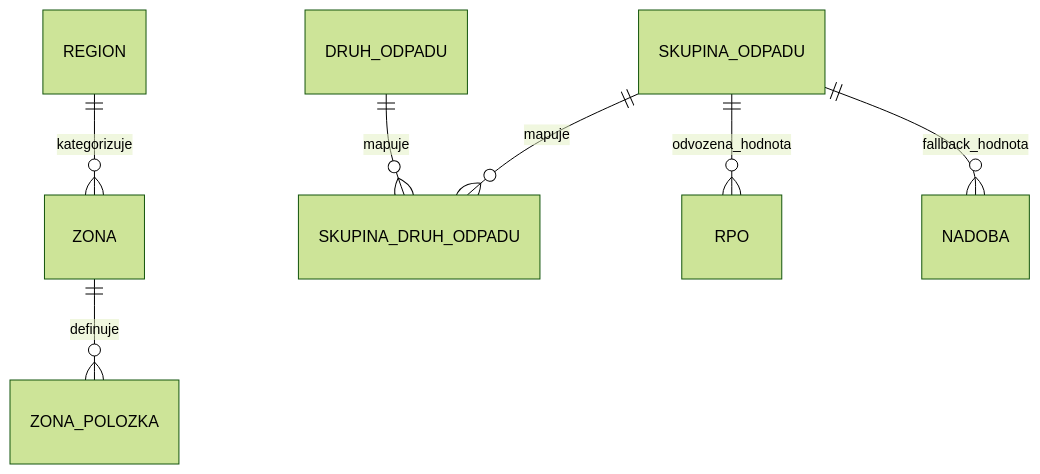
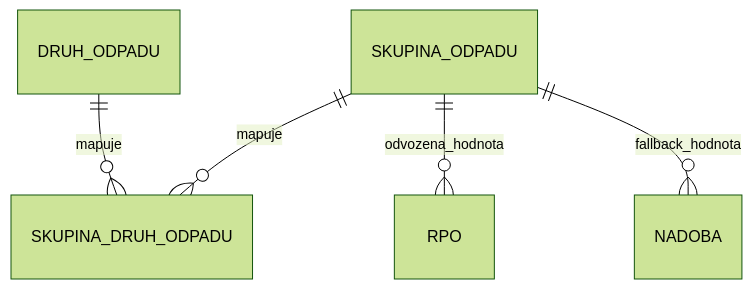
One commit to vfindejs2/VF_ANA_CS_PP changed the second of 2 diagrams in 02-Datovy-model-PP/PP-datovy-model-navrh-reseni-v2/datovy-model-navrh-reseni-v2.md. Above: the diagram before and after it, drawn with Mermaid (forest theme). The commit also changed other lines of this file and 4 other files, not shown here.

````diff
--- a/02-Datovy-model-PP/PP-datovy-model-navrh-reseni-v2/datovy-model-navrh-reseni-v2.md
+++ b/02-Datovy-model-PP/PP-datovy-model-navrh-reseni-v2/datovy-model-navrh-reseni-v2.md
@@ -106,11 +106,8 @@
 ```mermaid
 erDiagram
-	REGION ||--o{ ZONA : kategorizuje
-	ZONA ||--o{ ZONA_POLOZKA : definuje
-
 	DRUH_ODPADU ||--o{ SKUPINA_DRUH_ODPADU : mapuje
 	SKUPINA_ODPADU ||--o{ SKUPINA_DRUH_ODPADU : mapuje
 
 	SKUPINA_ODPADU ||--o{ RPO : odvozena_hodnota
 	SKUPINA_ODPADU ||--o{ NADOBA : fallback_hodnota
 ```
````
